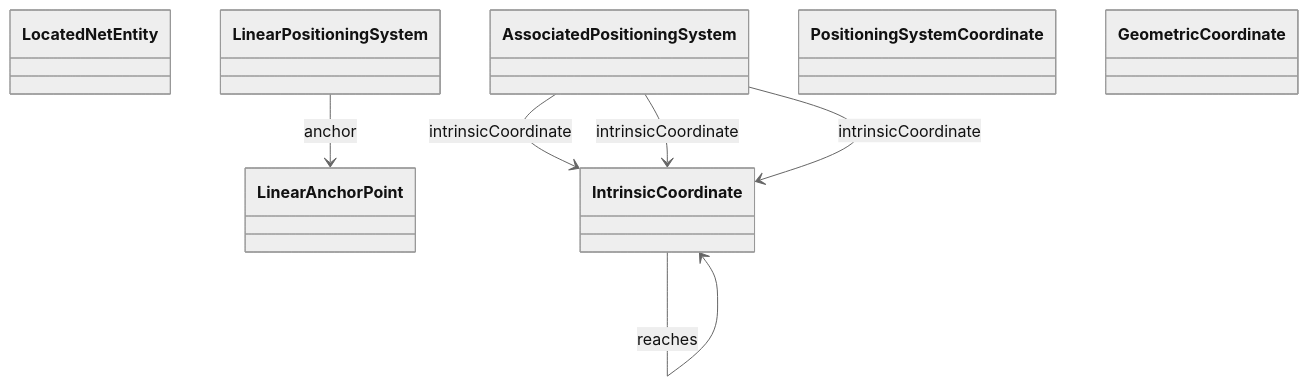
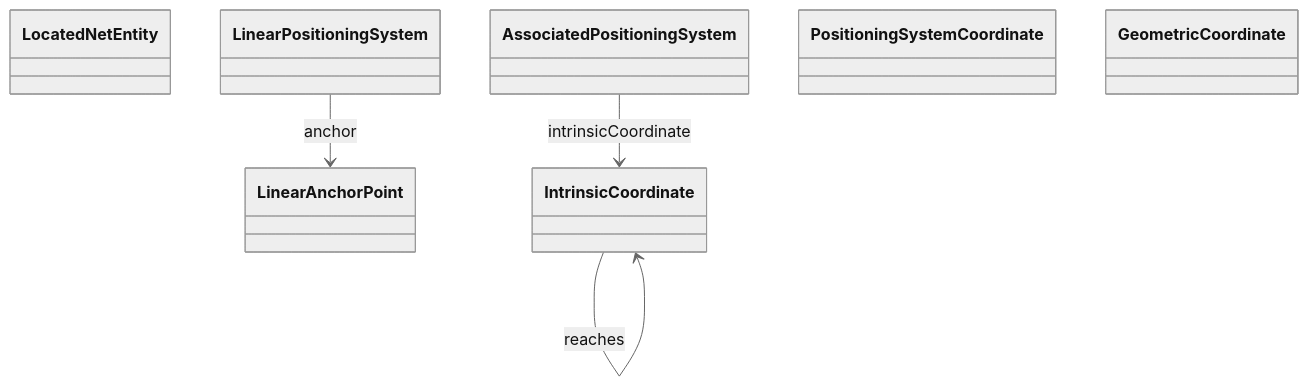
One commit to oeg-upm/Devos changed the diagram in output/ieswc_leng/rail.ttl-leng-7-0-hard.md. Above: the diagram before and after it, drawn with Mermaid (neutral theme). The commit also changed 131 other files, not shown here.

````diff
--- a/output/ieswc_leng/rail.ttl-leng-7-0-hard.md
+++ b/output/ieswc_leng/rail.ttl-leng-7-0-hard.md
@@ -1,45 +1,41 @@
 ```mermaid
 	classDiagram
 
     
     class `LocatedNetEntity` {
     
     }
 
     class `LinearPositioningSystem` {
     
     }
 
     class `LinearAnchorPoint` {
     
     }
 
     class `AssociatedPositioningSystem` {
     
     }
 
     class `PositioningSystemCoordinate` {
     
     }
 
     class `IntrinsicCoordinate` {
     
     }
 
     class `GeometricCoordinate` {
     
     }
 
 
 
 `LinearPositioningSystem`  --> `LinearAnchorPoint`   :anchor  
 
 `AssociatedPositioningSystem`  --> `IntrinsicCoordinate`   :intrinsicCoordinate  
 
 `IntrinsicCoordinate`  --> `IntrinsicCoordinate`   :reaches  
 
-`AssociatedPositioningSystem`  --> `IntrinsicCoordinate`   :intrinsicCoordinate  
-
-`AssociatedPositioningSystem`  --> `IntrinsicCoordinate`   :intrinsicCoordinate  
-
 ```
````
